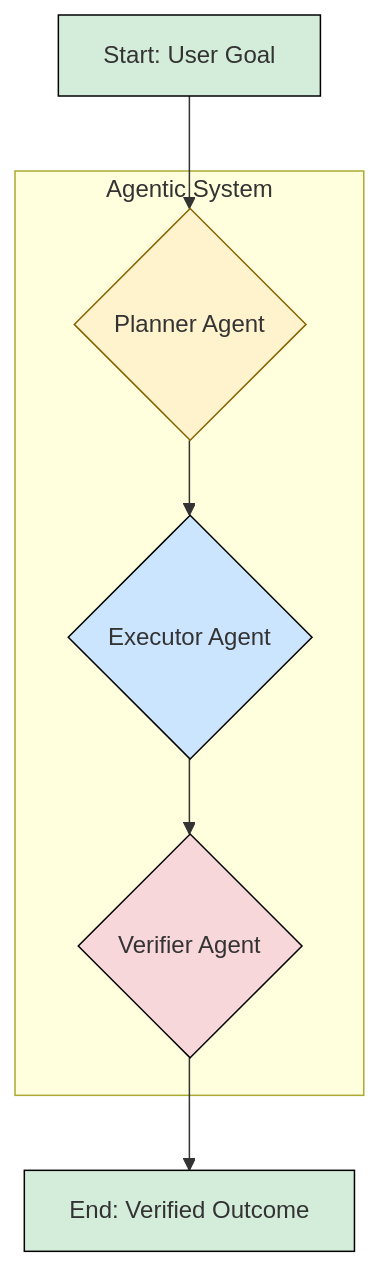
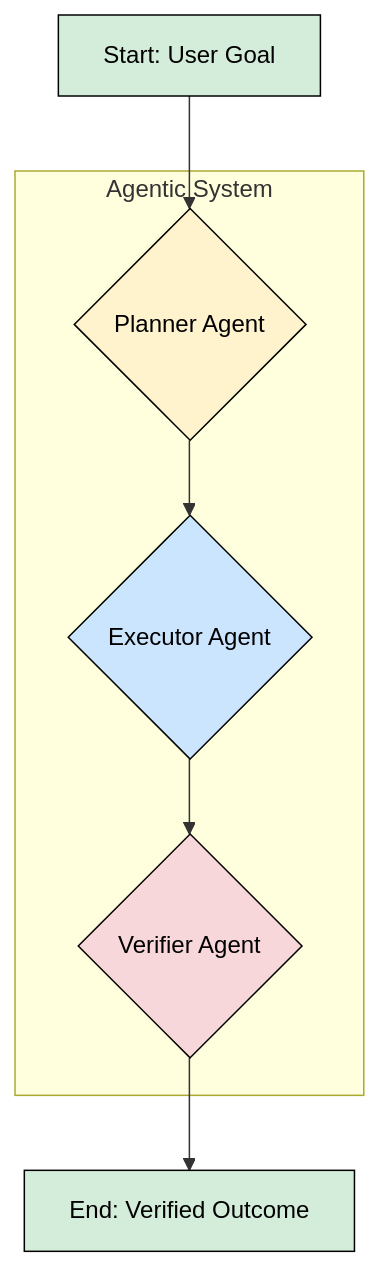
The diagram in ReadMe.md (strongSoda/verifier-agent-research), drawn with Mermaid before and after one commit.

Commit message:
update font color

````diff
--- a/ReadMe.md
+++ b/ReadMe.md
@@ -28,19 +28,19 @@
 ```mermaid
 graph TD;
     A[Start: User Goal] --> B{Planner Agent};
     B --> C{Executor Agent};
     C --> D{Verifier Agent};
     D --> E[End: Verified Outcome];
 
     subgraph "Agentic System"
         B;
         C;
         D;
     end
 
-    style A fill:#d4edda,stroke:#000000
-    style E fill:#d4edda,stroke:#000000
-    style B fill:#fff3cd,stroke:#856404
-    style C fill:#cce5ff,stroke:#000000
-    style D fill:#f8d7da,stroke:#000000
+    style A fill:#d4edda,stroke:#000000,color:#000000
+    style E fill:#d4edda,stroke:#000000,color:#000000
+    style B fill:#fff3cd,stroke:#000000,color:#000000
+    style C fill:#cce5ff,stroke:#000000,color:#000000
+    style D fill:#f8d7da,stroke:#000000,color:#000000
 ```
````
